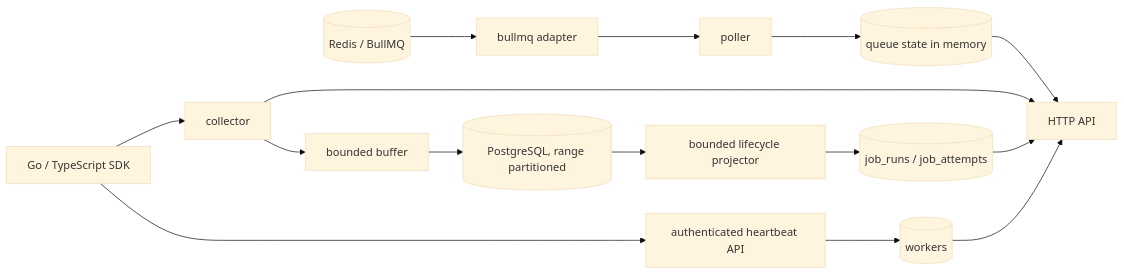
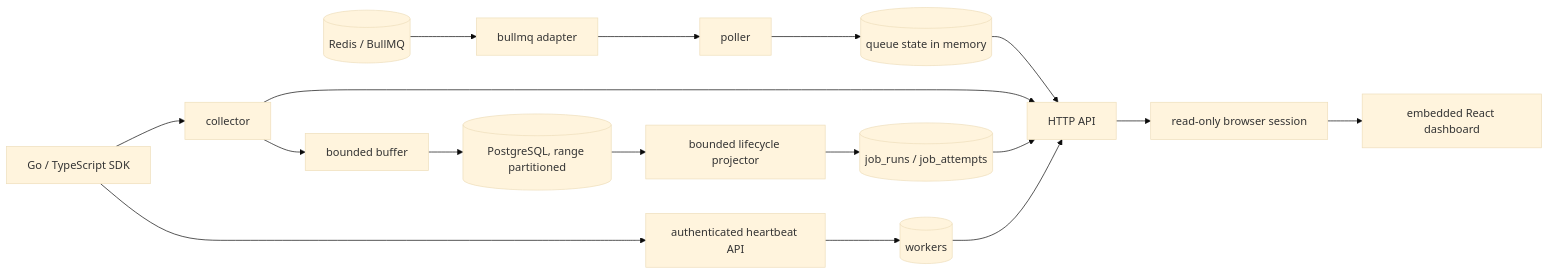
Before and after one commit to Shellghostt/QueueLens: the second of 2 diagrams in docs/ARCHITECTURE.md, drawn with Mermaid (base theme). The commit also changed other lines of this file and 69 other files, not shown here.

Commit message:
feat(m4): add bounded queries and read-only dashboard

````diff
--- a/docs/ARCHITECTURE.md
+++ b/docs/ARCHITECTURE.md
@@ -36,17 +39,19 @@
 ```mermaid
 flowchart LR
     BULL[(Redis / BullMQ)] --> ADP[bullmq adapter]
     ADP --> POL[poller]
     POL --> QV[(queue state in memory)]
     SDK[Go / TypeScript SDK] --> COL[collector]
     SDK --> HB[authenticated heartbeat API]
     HB --> WK[(workers)]
     COL --> BUF[bounded buffer]
     BUF --> PG[(PostgreSQL, range partitioned)]
     QV --> API[HTTP API]
     COL --> API
     PG --> FOLD[bounded lifecycle projector]
     FOLD --> RUN[(job_runs / job_attempts)]
     RUN --> API
     WK --> API
+    API --> SESSION[read-only browser session]
+    SESSION --> WEB[embedded React dashboard]
 ```
````
